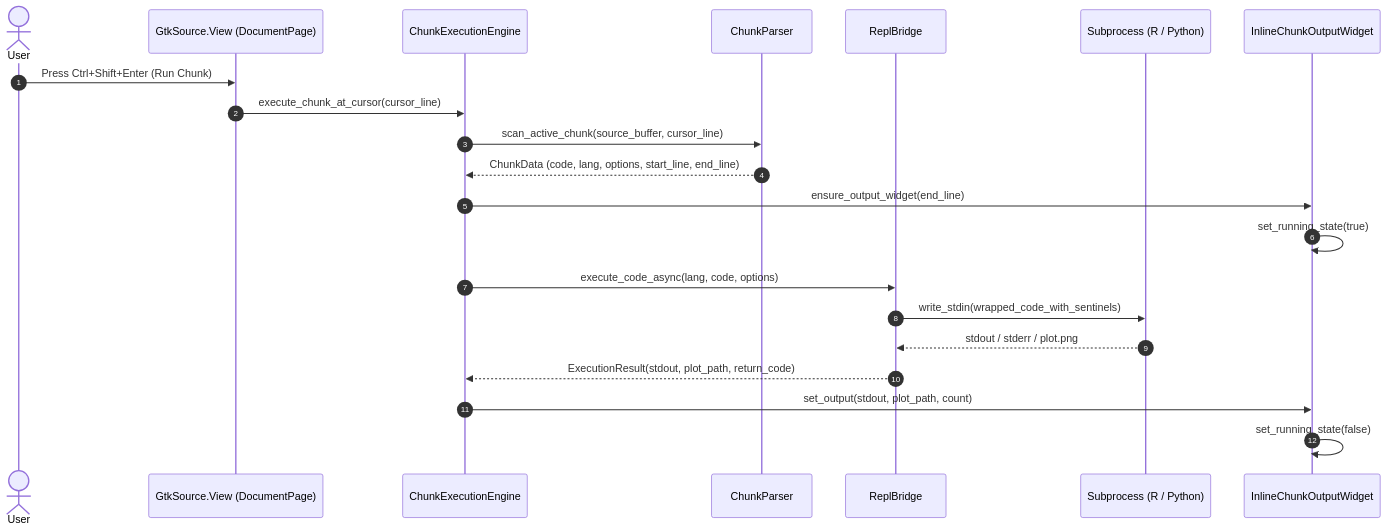
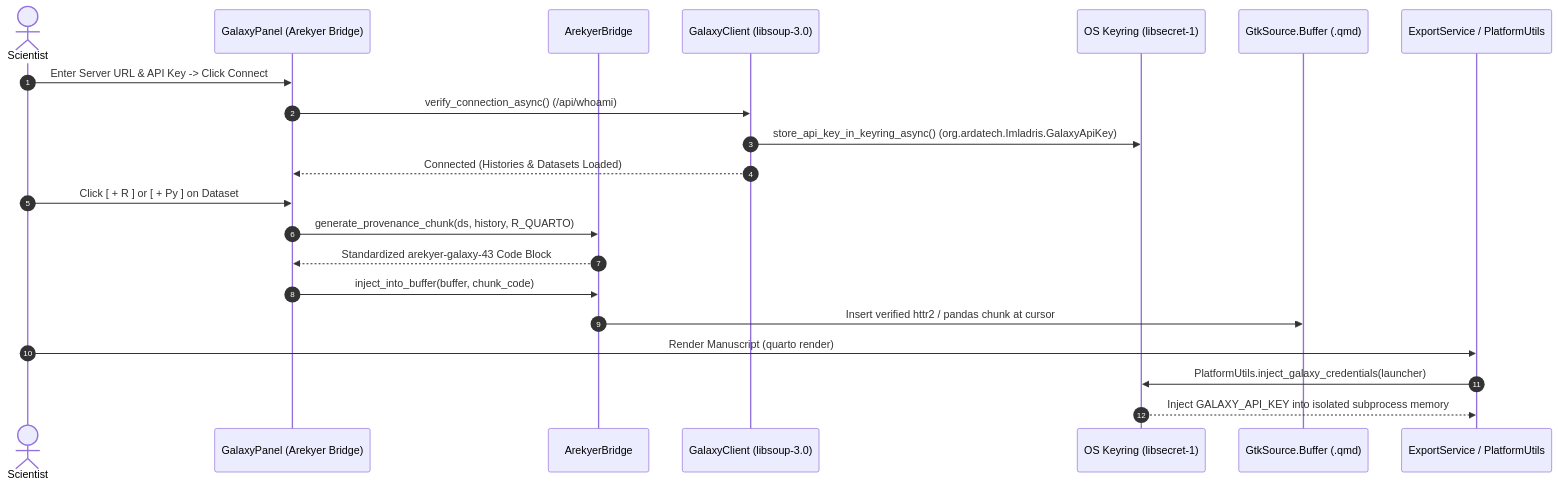
One commit to Antux912012/imladris changed the second of 2 diagrams in docs/ARCHITECTURE.md. Above: the diagram before and after it, drawn with Mermaid. The commit also changed other lines of this file and 10 other files, not shown here.

Commit message:
docs: upgrade README, landing page, architecture blueprint, and technical wiki for v0.18.0

````diff
--- a/docs/ARCHITECTURE.md
+++ b/docs/ARCHITECTURE.md
@@ -108,24 +136,24 @@
 ```mermaid
 sequenceDiagram
     autonumber
-    actor User
-    participant View as GtkSource.View (DocumentPage)
-    participant Eng as ChunkExecutionEngine
-    participant Parser as ChunkParser
-    participant Repl as ReplBridge
-    participant Sub as Subprocess (R / Python)
-    participant Widget as InlineChunkOutputWidget
+    actor Scientist
+    participant Panel as GalaxyPanel (Arekyer Bridge)
+    participant Bridge as ArekyerBridge
+    participant Client as GalaxyClient (libsoup-3.0)
+    participant Keyring as OS Keyring (libsecret-1)
+    participant Buffer as GtkSource.Buffer (.qmd)
+    participant Export as ExportService / PlatformUtils
 
-    User->>View: Press Ctrl+Shift+Enter (Run Chunk)
-    View->>Eng: execute_chunk_at_cursor(cursor_line)
-    Eng->>Parser: scan_active_chunk(source_buffer, cursor_line)
-    Parser-->>Eng: ChunkData (code, lang, options, start_line, end_line)
-    Eng->>Widget: ensure_output_widget(end_line)
-    Widget->>Widget: set_running_state(true)
-    Eng->>Repl: execute_code_async(lang, code, options)
-    Repl->>Sub: write_stdin(wrapped_code_with_sentinels)
-    Sub-->>Repl: stdout / stderr / plot.png
-    Repl-->>Eng: ExecutionResult(stdout, plot_path, return_code)
-    Eng->>Widget: set_output(stdout, plot_path, count)
-    Widget->>Widget: set_running_state(false)
+    Scientist->>Panel: Enter Server URL & API Key -> Click Connect
+    Panel->>Client: verify_connection_async() (/api/whoami)
+    Client->>Keyring: store_api_key_in_keyring_async() (org.ardatech.Imladris.GalaxyApiKey)
+    Client-->>Panel: Connected (Histories & Datasets Loaded)
+    Scientist->>Panel: Click [ + R ] or [ + Py ] on Dataset #43
+    Panel->>Bridge: generate_provenance_chunk(ds, history, R_QUARTO)
+    Bridge-->>Panel: Standardized arekyer-galaxy-43 Code Block
+    Panel->>Bridge: inject_into_buffer(buffer, chunk_code)
+    Bridge->>Buffer: Insert verified httr2 / pandas chunk at cursor
+    Scientist->>Export: Render Manuscript (quarto render)
+    Export->>Keyring: PlatformUtils.inject_galaxy_credentials(launcher)
+    Keyring-->>Export: Inject GALAXY_API_KEY into isolated subprocess memory
 ```
````
